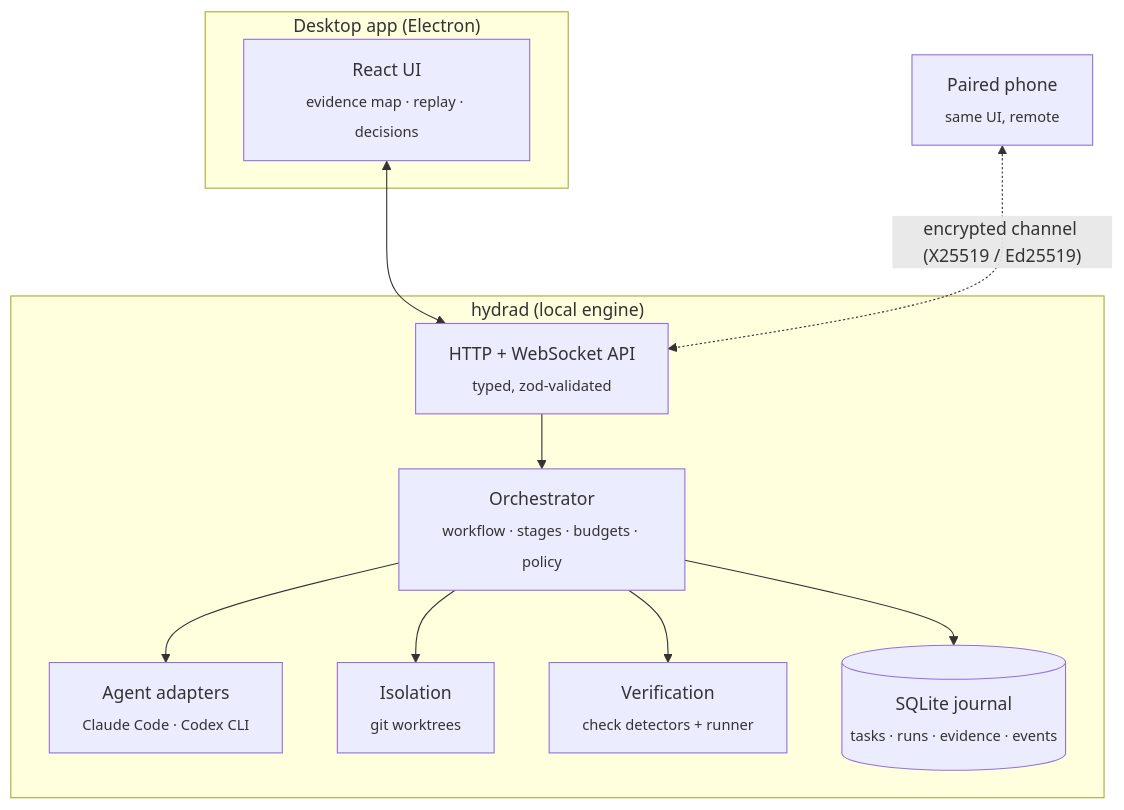
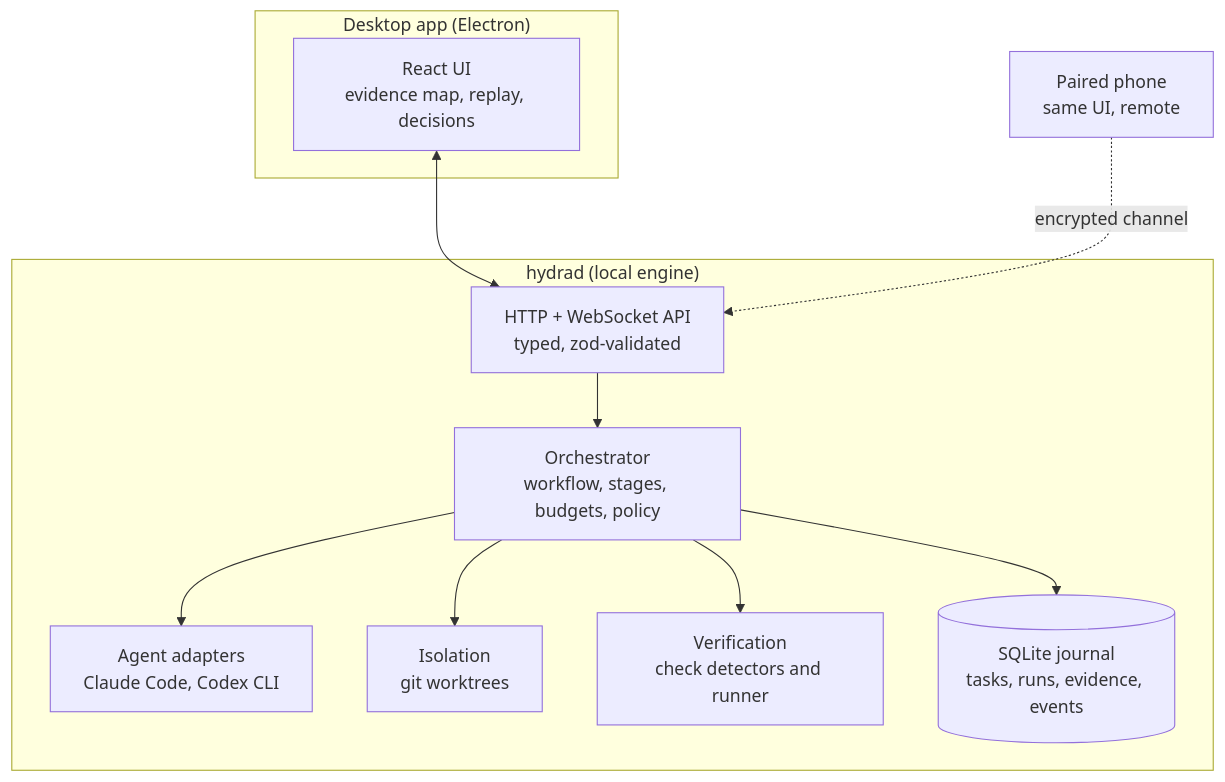
One commit to MoallaMelek/Hydra-Agent-Orchestrator changed the second of 2 diagrams in README.md. Above: the diagram before and after it, drawn with Mermaid. The commit also changed other lines of this file, not shown here.

First line of the commit message:
README: diagrams GitHub can render (plain labels, no inline HTML tags)

````diff
--- a/README.md
+++ b/README.md
@@ -111,22 +111,22 @@
 ```mermaid
 flowchart TB
     subgraph desktop["Desktop app (Electron)"]
-        ui["React UI<br/><sub>evidence map · replay · decisions</sub>"]
+        ui["React UI<br/>evidence map, replay, decisions"]
     end
     subgraph hydrad["hydrad (local engine)"]
-        api["HTTP + WebSocket API<br/><sub>typed, zod-validated</sub>"]
-        orch["Orchestrator<br/><sub>workflow · stages · budgets · policy</sub>"]
-        agents["Agent adapters<br/><sub>Claude Code · Codex CLI</sub>"]
-        iso["Isolation<br/><sub>git worktrees</sub>"]
-        verify["Verification<br/><sub>check detectors + runner</sub>"]
-        store[("SQLite journal<br/><sub>tasks · runs · evidence · events</sub>")]
+        api["HTTP + WebSocket API<br/>typed, zod-validated"]
+        orch["Orchestrator<br/>workflow, stages, budgets, policy"]
+        agents["Agent adapters<br/>Claude Code, Codex CLI"]
+        iso["Isolation<br/>git worktrees"]
+        verify["Verification<br/>check detectors and runner"]
+        store[("SQLite journal<br/>tasks, runs, evidence, events")]
     end
-    phone["Paired phone<br/><sub>same UI, remote</sub>"]
+    phone["Paired phone<br/>same UI, remote"]
     ui <--> api
     api --> orch
     orch --> agents
     orch --> iso
     orch --> verify
     orch --> store
-    phone <-. "encrypted channel (X25519 / Ed25519)" .-> api
+    phone -.->|"encrypted channel"| api
 ```
````
